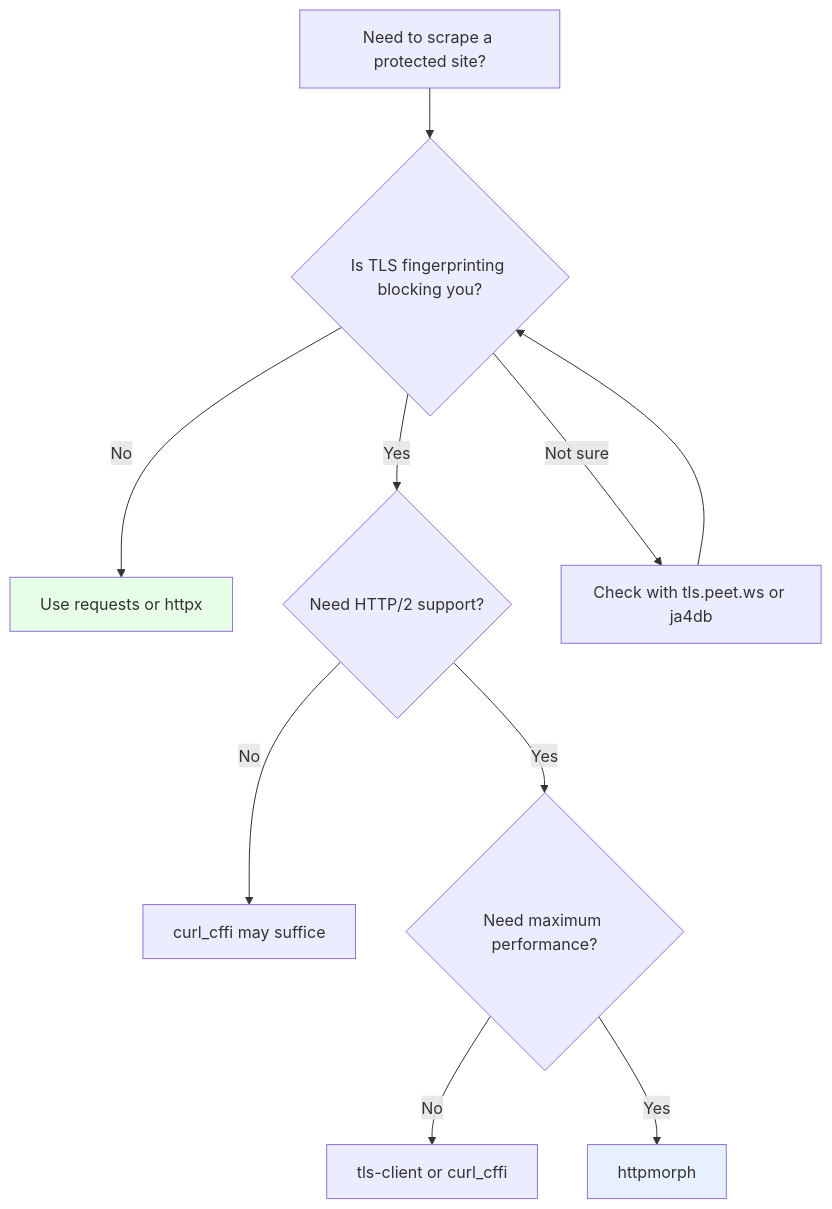
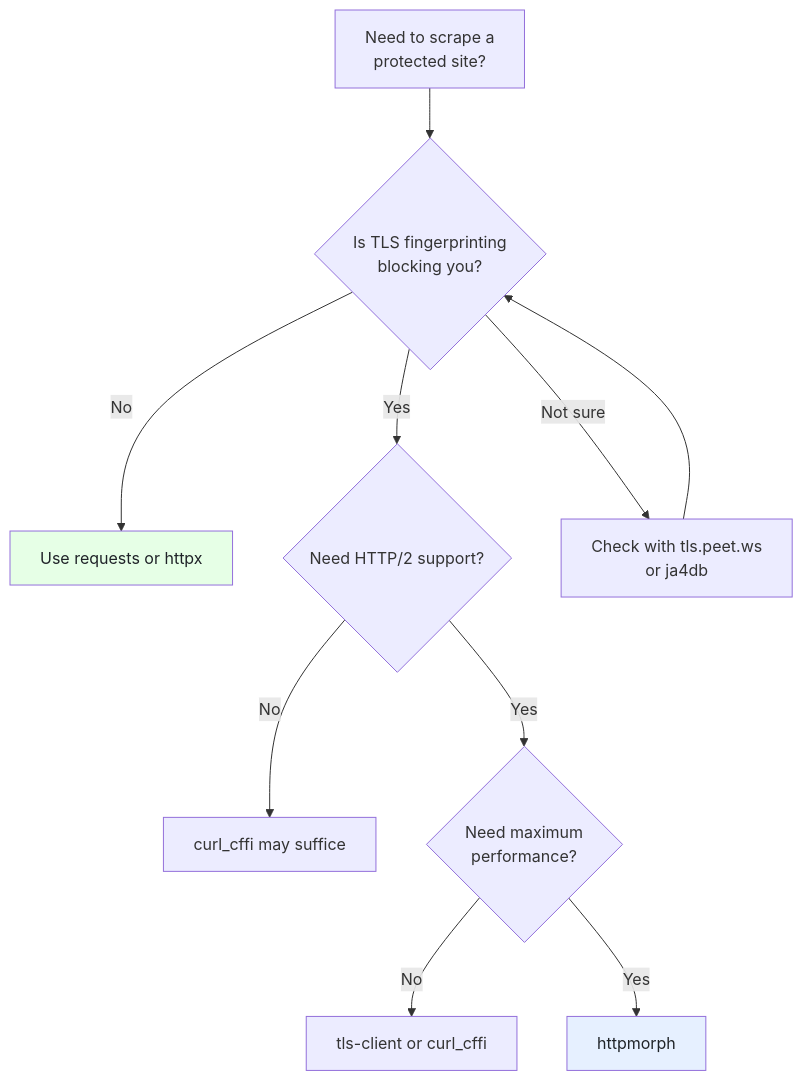
The fifth of 5 diagrams in _posts/2025-12-16-httpmorph-solving-tls-fingerprinting-with-a-c-native-python-http-client.md (bytetunnels/bytetunnels.github.com), drawn with Mermaid before and after one commit. The commit also changed other lines of this file and 118 other files, not shown here.

Commit message:
feat: improve diagram styling and compact wide flowcharts

````diff
--- a/_posts/2025-12-16-httpmorph-solving-tls-fingerprinting-with-a-c-native-python-http-client.md
+++ b/_posts/2025-12-16-httpmorph-solving-tls-fingerprinting-with-a-c-native-python-http-client.md
@@ -290,16 +299,16 @@
 ```mermaid
 flowchart TD
-    A["Need to scrape a protected site?"] --> B{"Is TLS fingerprinting blocking you?"}
+    A["Need to scrape a<br/>protected site?"] --> B{"Is TLS fingerprinting<br/>blocking you?"}
     B -->|No| C["Use requests or httpx"]
     B -->|Yes| D{"Need HTTP/2 support?"}
     D -->|No| E["curl_cffi may suffice"]
-    D -->|Yes| F{"Need maximum performance?"}
+    D -->|Yes| F{"Need maximum<br/>performance?"}
     F -->|No| G["tls-client or curl_cffi"]
     F -->|Yes| H["httpmorph"]
 
-    B -->|"Not sure"| I["Check with tls.peet.ws or ja4db"]
+    B -->|"Not sure"| I["Check with tls.peet.ws<br/>or ja4db"]
     I --> B
 
-    style C fill:#e6ffe6
-    style H fill:#e6f0ff
+    style C fill:#e6ffe6,color:#1f2328
+    style H fill:#e6f0ff,color:#1f2328
 ```
````
